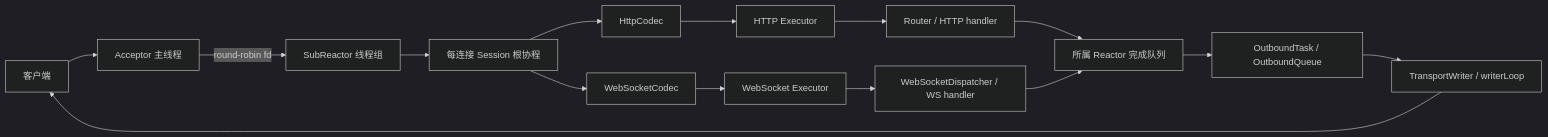
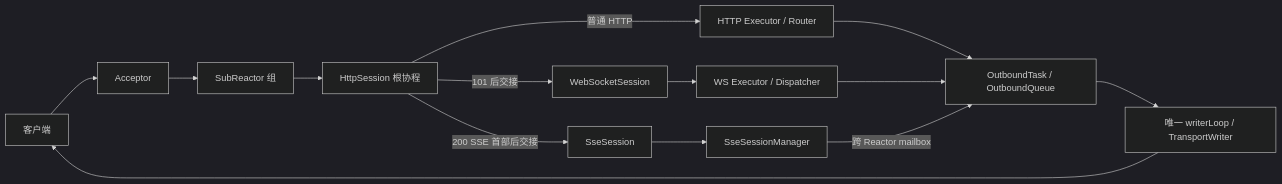
Before and after one commit to aurora-deng/web: the diagram in README.md, drawn with Mermaid (dark theme). The commit also changed other lines of this file and 44 other files, not shown here.

Commit message:
Add SSE sessions and document test7.0 architecture

````diff
--- a/README.md
+++ b/README.md
@@ -32,17 +9,16 @@
 ```mermaid
 flowchart LR
-    C[客户端] --> A[Acceptor 主线程]
-    A -->|round-robin fd| R[SubReactor 线程组]
-    R --> S[每连接 Session 根协程]
-    S --> HC[HttpCodec]
-    S --> WC[WebSocketCodec]
-    HC --> HE[HTTP Executor]
-    WC --> WE[WebSocket Executor]
-    HE --> HR[Router / HTTP handler]
-    WE --> WD[WebSocketDispatcher / WS handler]
-    HR --> CQ[所属 Reactor 完成队列]
-    WD --> CQ
-    CQ --> O[OutboundTask / OutboundQueue]
-    O --> TW[TransportWriter / writerLoop]
-    TW --> C
+  C[客户端] --> A[Acceptor]
+  A --> R[SubReactor 组]
+  R --> H[HttpSession 根协程]
+  H -->|普通 HTTP| HE[HTTP Executor / Router]
+  H -->|101 后交接| W[WebSocketSession]
+  H -->|200 SSE 首部后交接| S[SseSession]
+  W --> WE[WS Executor / Dispatcher]
+  S --> SM[SseSessionManager]
+  HE --> O[OutboundTask / OutboundQueue]
+  WE --> O
+  SM -->|跨 Reactor mailbox| O
+  O --> TW[唯一 writerLoop / TransportWriter]
+  TW --> C
 ```
````
